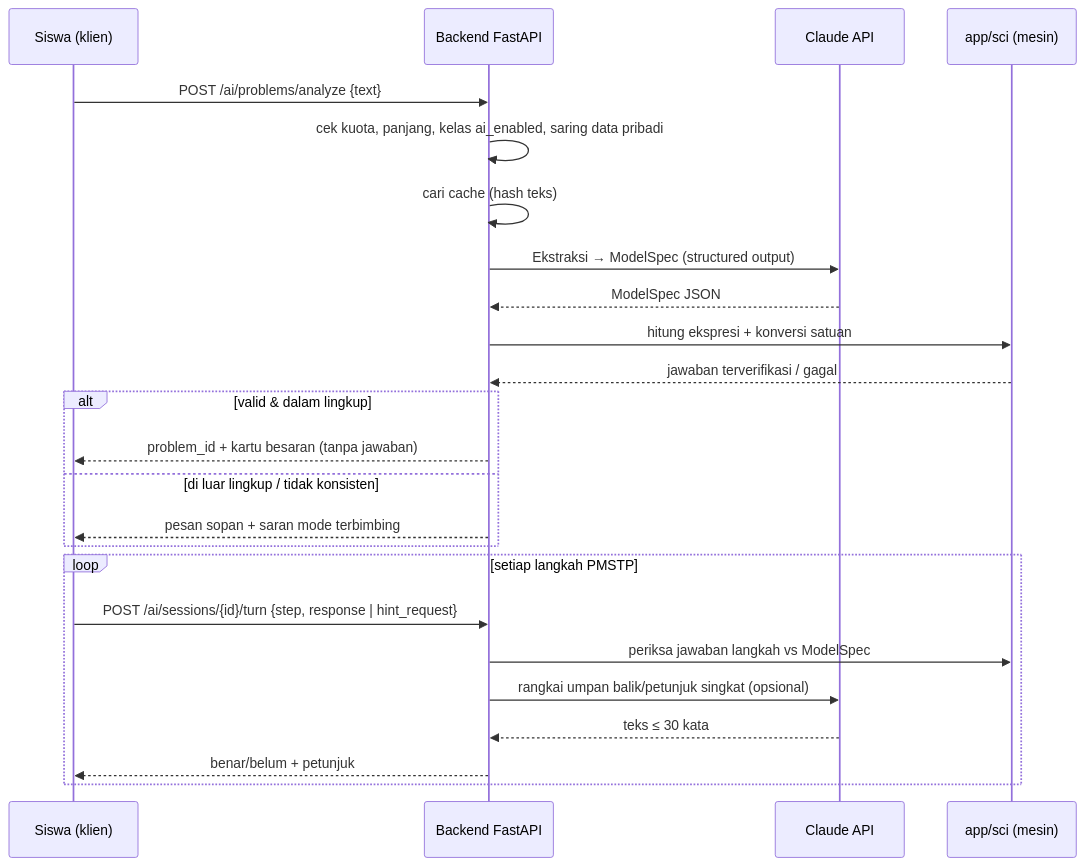
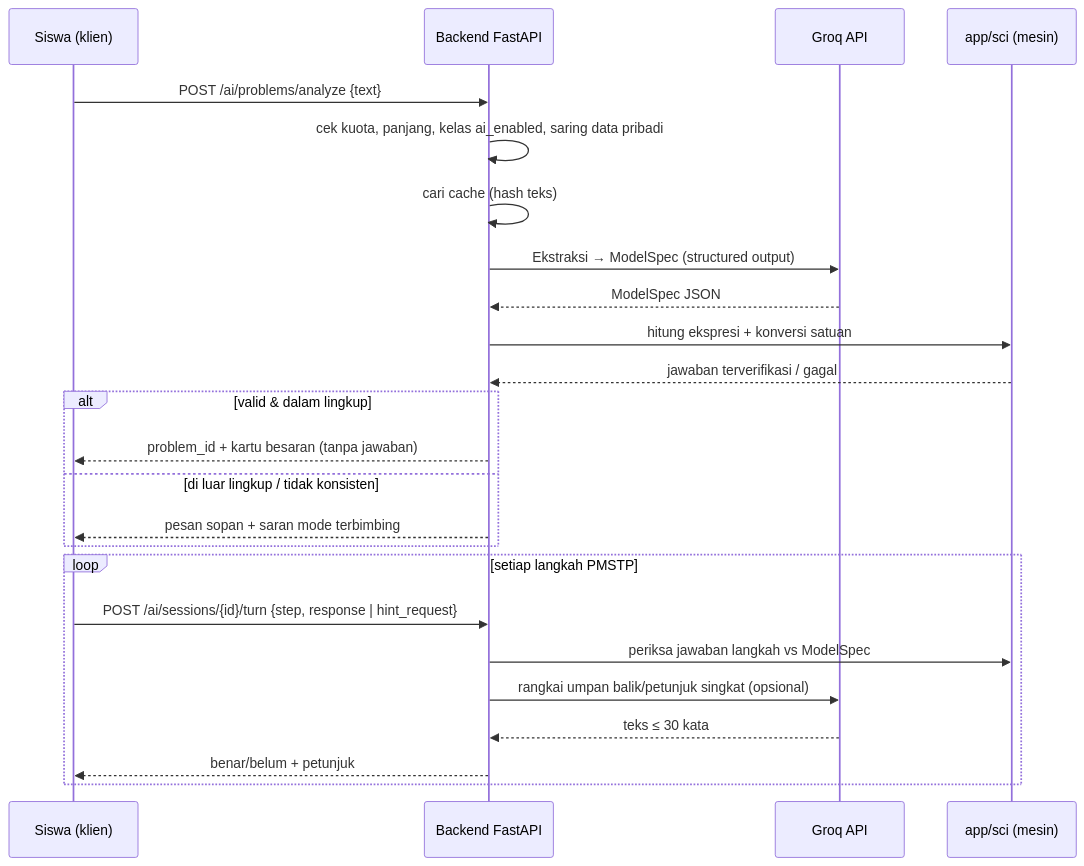
Before and after one commit to NaylaSolahiyah2225250045/2225250045_Nayla_Solahiyah: the diagram in docs/AI-TUTOR.md, drawn with Mermaid. The commit also changed other lines of this file and 147 other files, not shown here.

````diff
--- a/docs/AI-TUTOR.md
+++ b/docs/AI-TUTOR.md
@@ -24,27 +34,27 @@
 ```mermaid
 sequenceDiagram
     participant S as Siswa (klien)
     participant B as Backend FastAPI
-    participant C as Claude API
+    participant C as Groq API
     participant M as app/sci (mesin)
 
     S->>B: POST /ai/problems/analyze {text}
     B->>B: cek kuota, panjang, kelas ai_enabled, saring data pribadi
     B->>B: cari cache (hash teks)
     B->>C: Ekstraksi → ModelSpec (structured output)
     C-->>B: ModelSpec JSON
     B->>M: hitung ekspresi + konversi satuan
     M-->>B: jawaban terverifikasi / gagal
     alt valid & dalam lingkup
         B-->>S: problem_id + kartu besaran (tanpa jawaban)
     else di luar lingkup / tidak konsisten
         B-->>S: pesan sopan + saran mode terbimbing
     end
     loop setiap langkah PMSTP
         S->>B: POST /ai/sessions/{id}/turn {step, response | hint_request}
         B->>M: periksa jawaban langkah vs ModelSpec
         B->>C: rangkai umpan balik/petunjuk singkat (opsional)
         C-->>B: teks ≤ 30 kata
         B-->>S: benar/belum + petunjuk
     end
 ```
````
